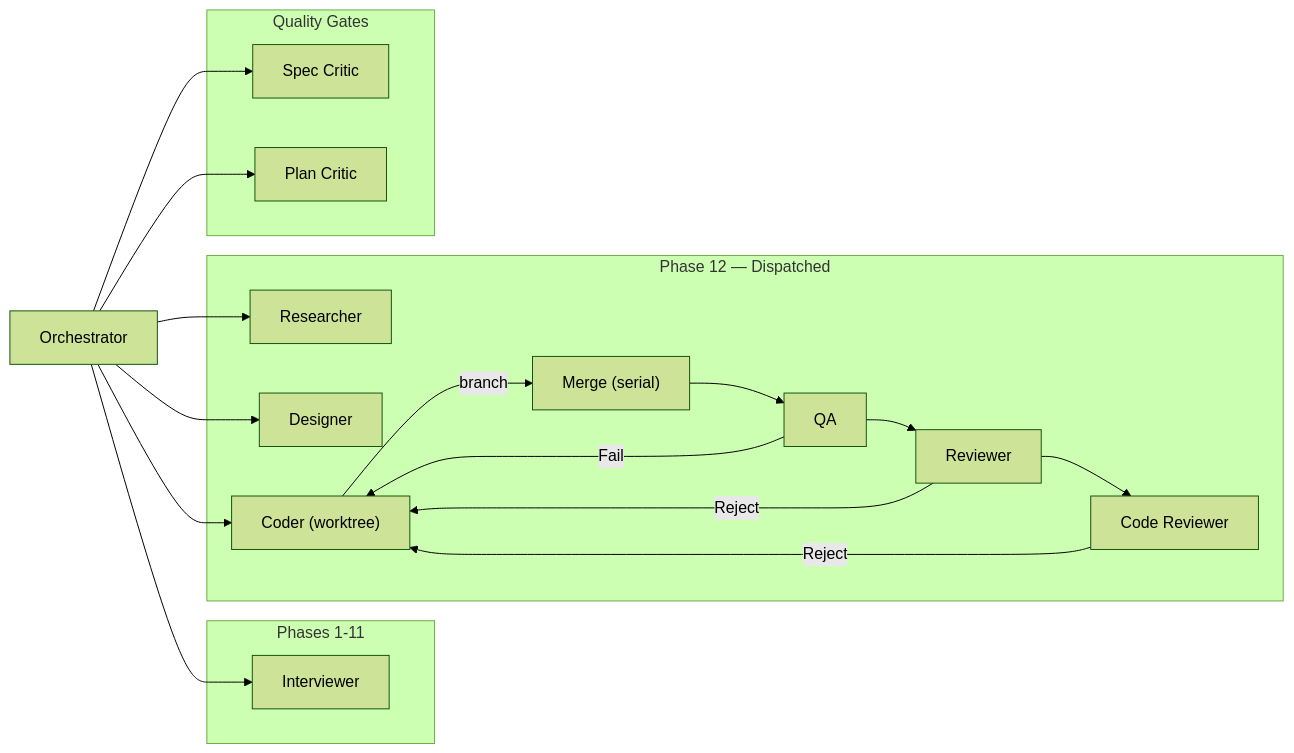
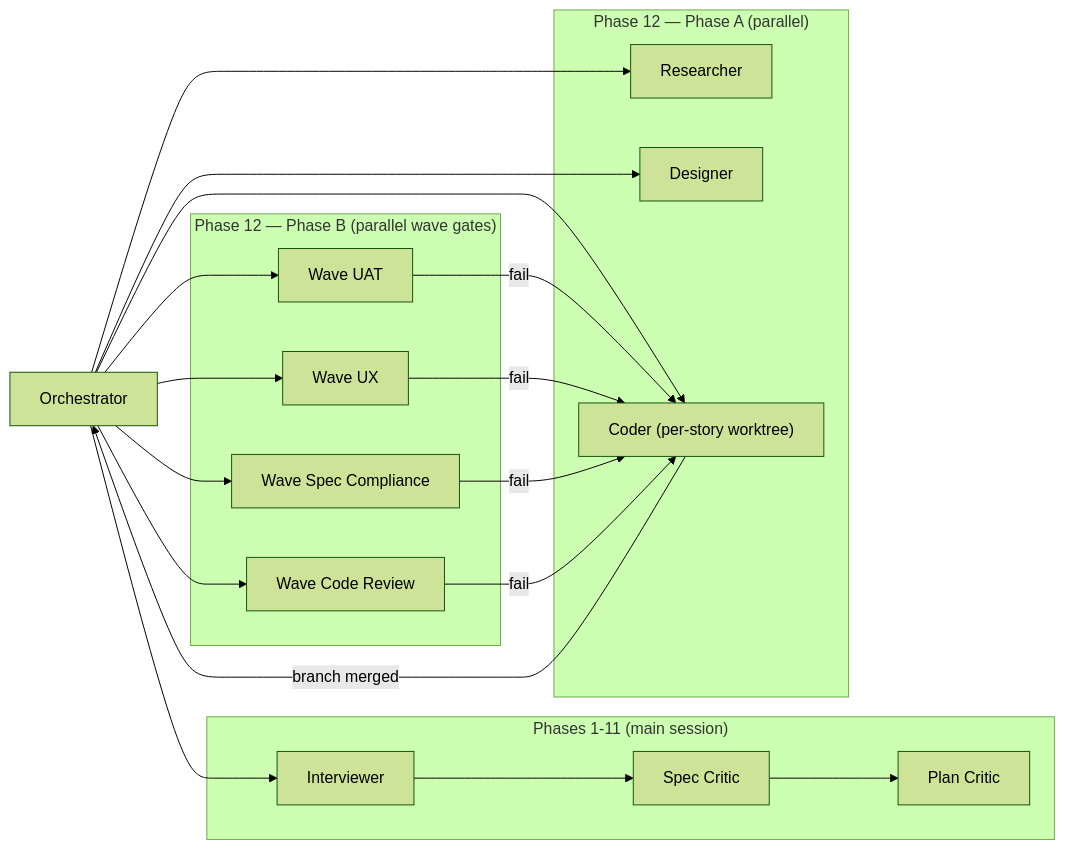
The second of 4 diagrams in README.md (djpate/kryptonite), drawn with Mermaid (forest theme) before and after one commit. The commit also changed other lines of this file and 5 other files, not shown here.

````diff
--- a/README.md
+++ b/README.md
@@ -204,31 +204,32 @@
 ```mermaid
 graph LR
     O["Orchestrator"]
 
-    subgraph interview ["Phases 1-11"]
+    subgraph interview ["Phases 1-11 (main session)"]
         I["Interviewer"]
-    end
-
-    subgraph exec ["Phase 12 — Dispatched"]
-        R["Researcher"]
-        D["Designer"]
-        C["Coder (worktree)"]
-        M["Merge (serial)"]
-        Q["QA"]
-        RV["Reviewer"]
-        CR["Code Reviewer"]
-    end
-
-    subgraph gates ["Quality Gates"]
         SC["Spec Critic"]
         PC["Plan Critic"]
     end
 
-    O --> I
+    subgraph phaseA ["Phase 12 — Phase A (parallel)"]
+        R["Researcher"]
+        D["Designer"]
+        C["Coder (per-story worktree)"]
+    end
+
+    subgraph phaseB ["Phase 12 — Phase B (parallel wave gates)"]
+        UAT["Wave UAT"]
+        UX["Wave UX"]
+        SCG["Wave Spec Compliance"]
+        CRG["Wave Code Review"]
+    end
+
+    O --> I --> SC --> PC
     O --> R & D & C
-    C -->|branch| M --> Q --> RV --> CR
-    Q -->|Fail| C
-    RV -->|Reject| C
-    CR -->|Reject| C
-    O --> SC & PC
+    C -->|branch merged| O
+    O --> UAT & UX & SCG & CRG
+    UAT -->|fail| C
+    UX -->|fail| C
+    SCG -->|fail| C
+    CRG -->|fail| C
 ```
````
